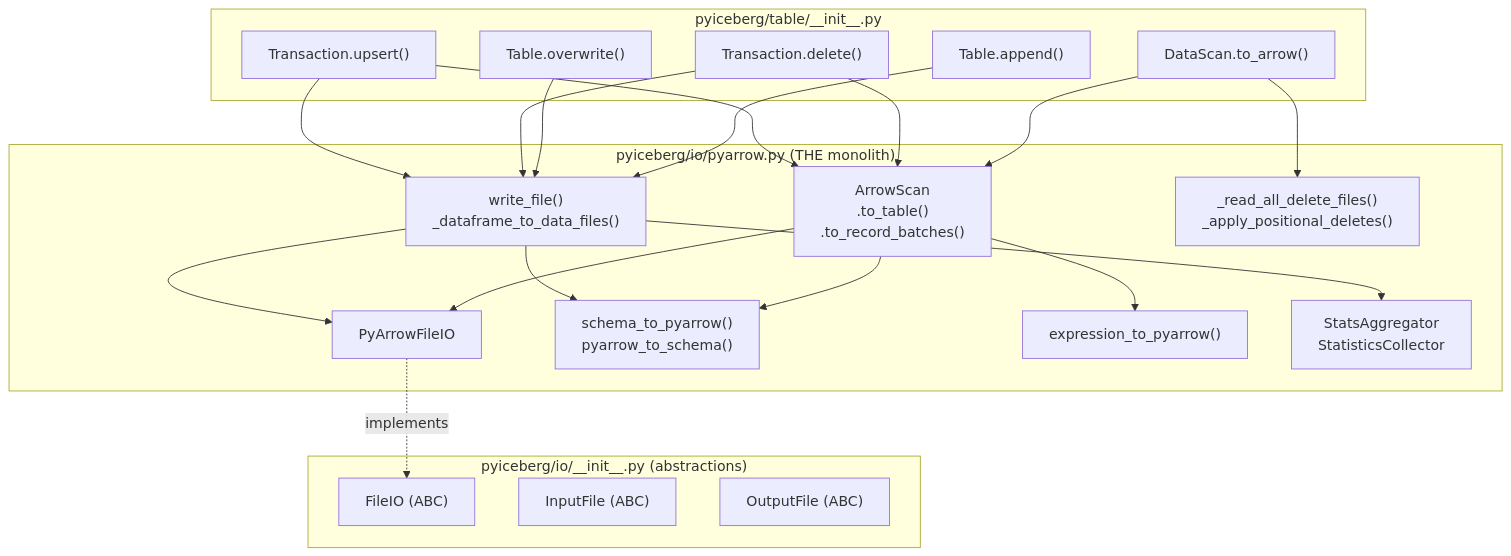
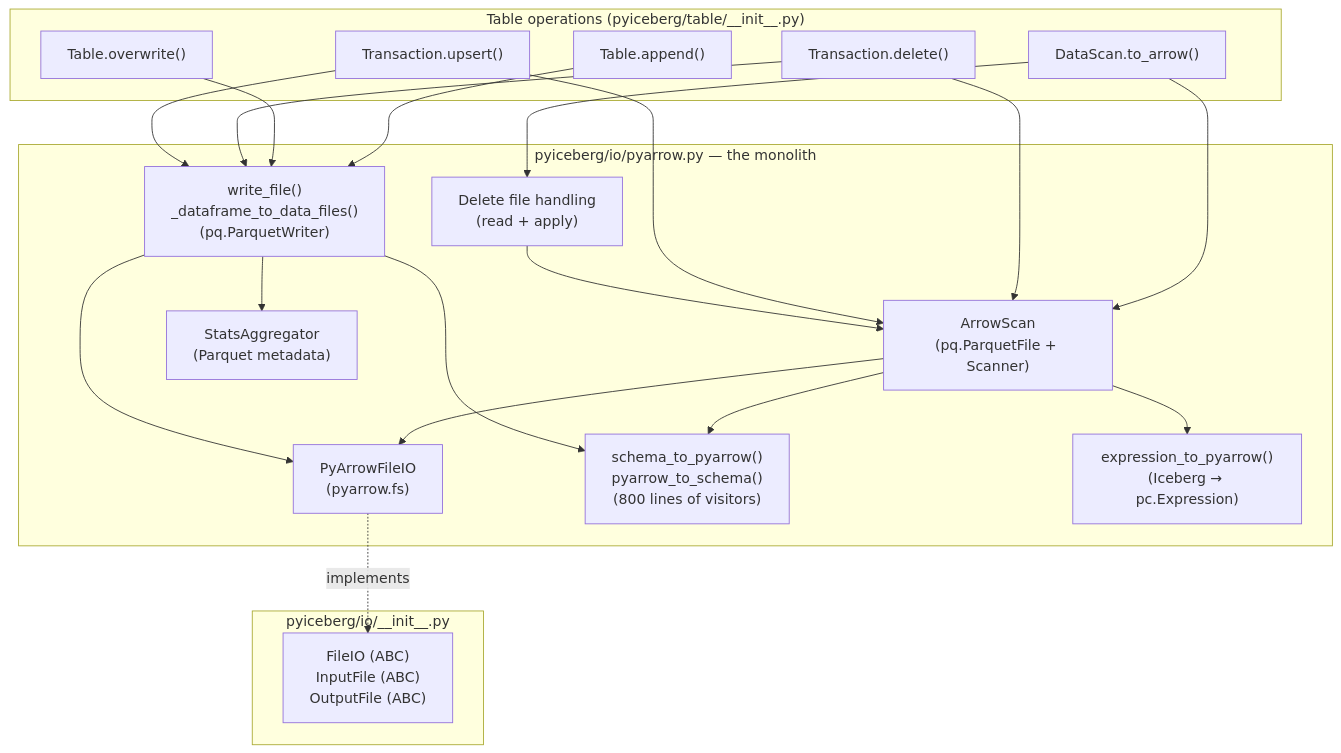
One commit to qzyu999/iceberg-notes changed the first of 3 diagrams in pyiceberg_datafusion/pluggable.md. Above: the diagram before and after it, drawn with Mermaid. The commit also changed other lines of this file, not shown here.

Commit message:
Rewrite pluggable.md: clarify Arrow format (permanent) vs pyarrow library (decouplable)

````diff
--- a/pyiceberg_datafusion/pluggable.md
+++ b/pyiceberg_datafusion/pluggable.md
@@ -51,44 +121,43 @@
 ```mermaid
 graph TD
-    subgraph "pyiceberg/table/__init__.py"
+    subgraph "Table operations (pyiceberg/table/__init__.py)"
         SCAN["DataScan.to_arrow()"]
         APPEND["Table.append()"]
         OVERWRITE["Table.overwrite()"]
         DELETE["Transaction.delete()"]
         UPSERT["Transaction.upsert()"]
     end
 
-    subgraph "pyiceberg/io/pyarrow.py (THE monolith)"
-        FILEIO["PyArrowFileIO"]
-        SCHEMA_CONV["schema_to_pyarrow()<br/>pyarrow_to_schema()"]
-        EXPR_CONV["expression_to_pyarrow()"]
-        ARROW_SCAN["ArrowScan<br/>.to_table()<br/>.to_record_batches()"]
-        WRITE["write_file()<br/>_dataframe_to_data_files()"]
-        STATS["StatsAggregator<br/>StatisticsCollector"]
-        DELETE_HANDLING["_read_all_delete_files()<br/>_apply_positional_deletes()"]
+    subgraph "pyiceberg/io/pyarrow.py — the monolith"
+        FILEIO["PyArrowFileIO<br/>(pyarrow.fs)"]
+        SCHEMA["schema_to_pyarrow()<br/>pyarrow_to_schema()<br/>(800 lines of visitors)"]
+        EXPR["expression_to_pyarrow()<br/>(Iceberg → pc.Expression)"]
+        READ["ArrowScan<br/>(pq.ParquetFile + Scanner)"]
+        WRITE["write_file()<br/>_dataframe_to_data_files()<br/>(pq.ParquetWriter)"]
+        STATS["StatsAggregator<br/>(Parquet metadata)"]
+        DELETES["Delete file handling<br/>(read + apply)"]
     end
 
-    subgraph "pyiceberg/io/__init__.py (abstractions)"
-        ABS_FILEIO["FileIO (ABC)"]
-        ABS_INPUT["InputFile (ABC)"]
-        ABS_OUTPUT["OutputFile (ABC)"]
+    subgraph "pyiceberg/io/__init__.py"
+        ABS["FileIO (ABC)<br/>InputFile (ABC)<br/>OutputFile (ABC)"]
     end
 
-    SCAN --> ARROW_SCAN
-    SCAN --> DELETE_HANDLING
+    SCAN --> READ
+    SCAN --> DELETES
     APPEND --> WRITE
     OVERWRITE --> WRITE
-    DELETE --> ARROW_SCAN
+    DELETE --> READ
     DELETE --> WRITE
-    UPSERT --> ARROW_SCAN
+    UPSERT --> READ
     UPSERT --> WRITE
 
-    ARROW_SCAN --> FILEIO
-    ARROW_SCAN --> SCHEMA_CONV
-    ARROW_SCAN --> EXPR_CONV
+    READ --> FILEIO
+    READ --> SCHEMA
+    READ --> EXPR
     WRITE --> FILEIO
     WRITE --> STATS
-    WRITE --> SCHEMA_CONV
+    WRITE --> SCHEMA
+    DELETES --> READ
 
-    FILEIO -.->|"implements"| ABS_FILEIO
+    FILEIO -.->|"implements"| ABS
 ```
````
